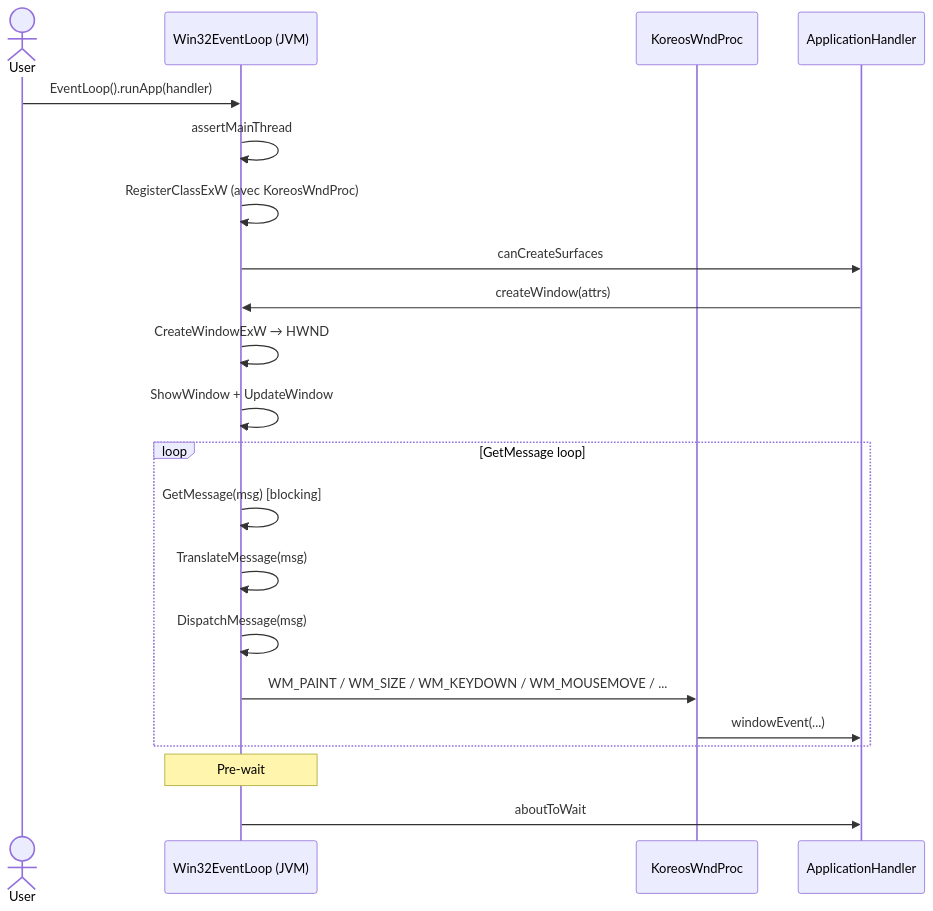
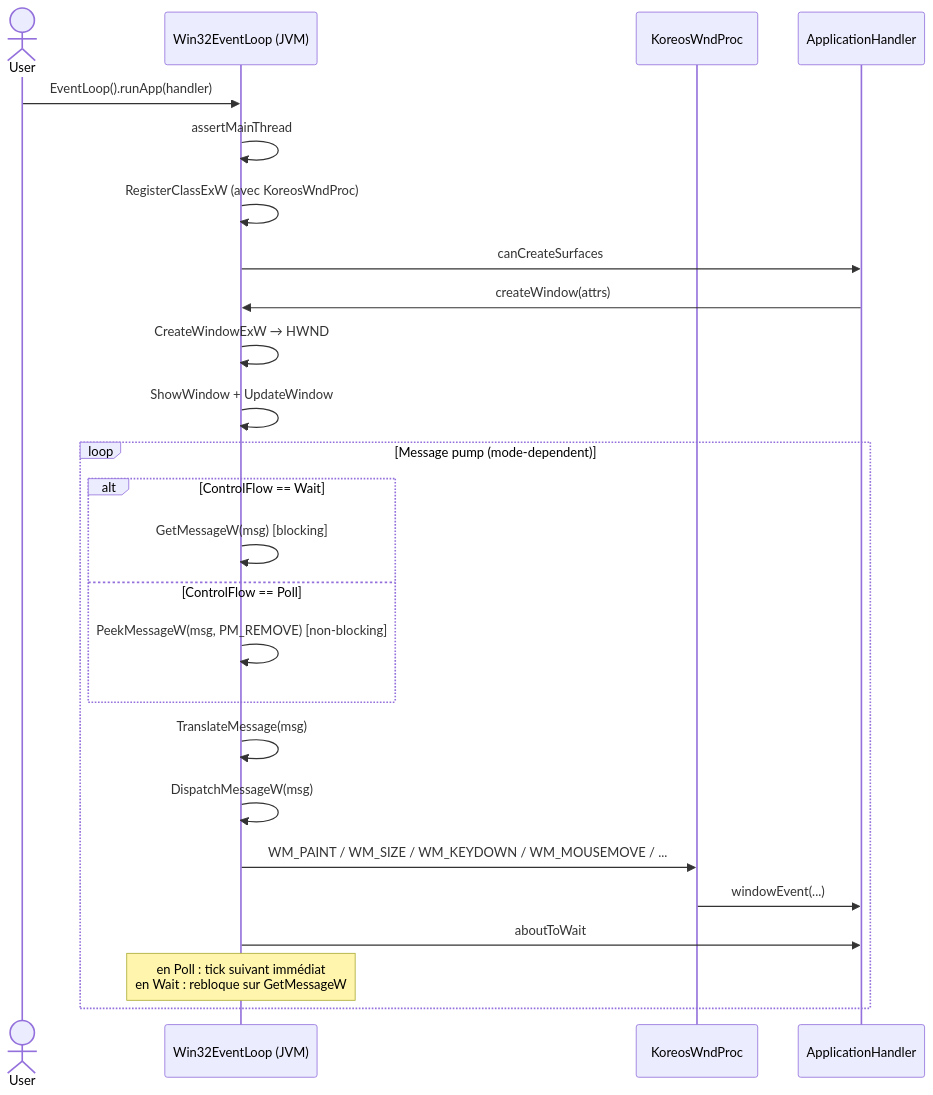
Before and after one commit to ygdrasil-io/poc-koreos: the third of 4 diagrams in docs/koreos/specs-v0.2.md, drawn with Mermaid. The commit also changed other lines of this file and 1 other file, not shown here.

````diff
--- a/docs/koreos/specs-v0.2.md
+++ b/docs/koreos/specs-v0.2.md
@@ -235,26 +266,29 @@
 ```mermaid
 sequenceDiagram
     actor User
     participant EL as Win32EventLoop (JVM)
     participant WndProc as KoreosWndProc
     participant Handler as ApplicationHandler
 
     User->>EL: EventLoop().runApp(handler)
     EL->>EL: assertMainThread
     EL->>EL: RegisterClassExW (avec KoreosWndProc)
     EL->>Handler: canCreateSurfaces
     Handler->>EL: createWindow(attrs)
     EL->>EL: CreateWindowExW → HWND
     EL->>EL: ShowWindow + UpdateWindow
 
-    loop GetMessage loop
-        EL->>EL: GetMessage(msg) [blocking]
+    loop Message pump (mode-dependent)
+        alt ControlFlow == Wait
+            EL->>EL: GetMessageW(msg) [blocking]
+        else ControlFlow == Poll
+            EL->>EL: PeekMessageW(msg, PM_REMOVE) [non-blocking]
+        end
         EL->>EL: TranslateMessage(msg)
-        EL->>EL: DispatchMessage(msg)
+        EL->>EL: DispatchMessageW(msg)
         EL->>WndProc: WM_PAINT / WM_SIZE / WM_KEYDOWN / WM_MOUSEMOVE / ...
         WndProc->>Handler: windowEvent(...)
+        EL->>Handler: aboutToWait
+        Note over EL: en Poll : tick suivant immédiat<br/>en Wait : rebloque sur GetMessageW
     end
-
-    Note over EL: Pre-wait
-    EL->>Handler: aboutToWait
 ```
````
